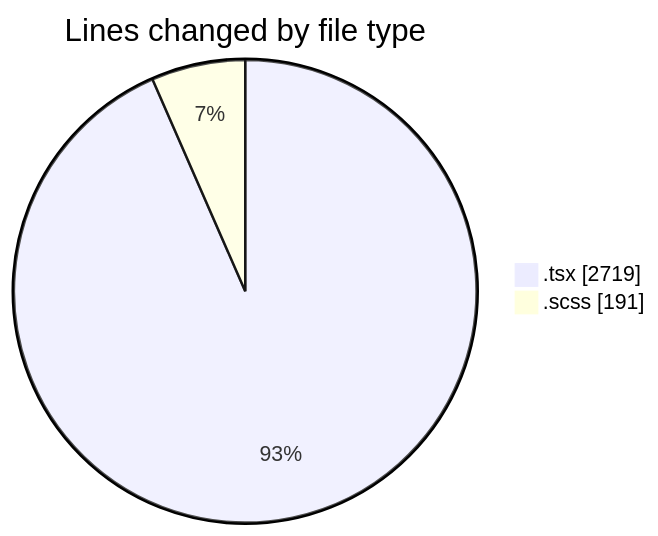
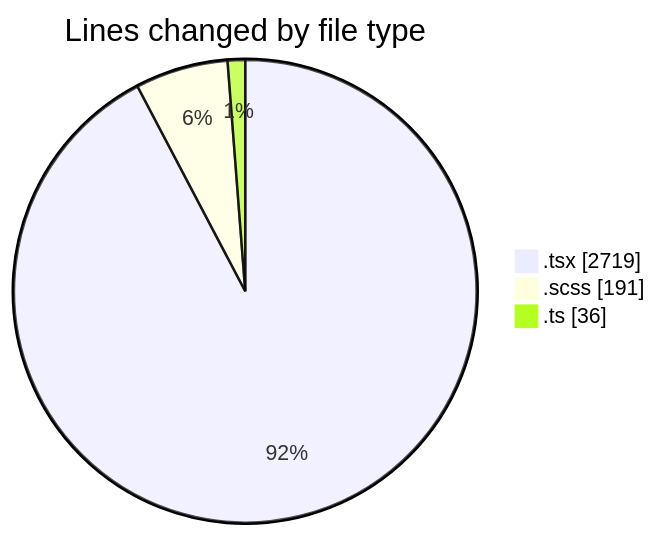
Before and after one commit to momahboobian/code-tracking: the first of 2 diagrams in 2025-04-04/cda/README.md, drawn with Mermaid. The commit also changed other lines of this file and 1 other file, not shown here.

````diff
--- a/2025-04-04/cda/README.md
+++ b/2025-04-04/cda/README.md
@@ -30,6 +32,7 @@
 ```mermaid
 pie showData
 title Lines changed by file type
 ".tsx" : 2719
 ".scss" : 191
+".ts" : 36
 ```
````
